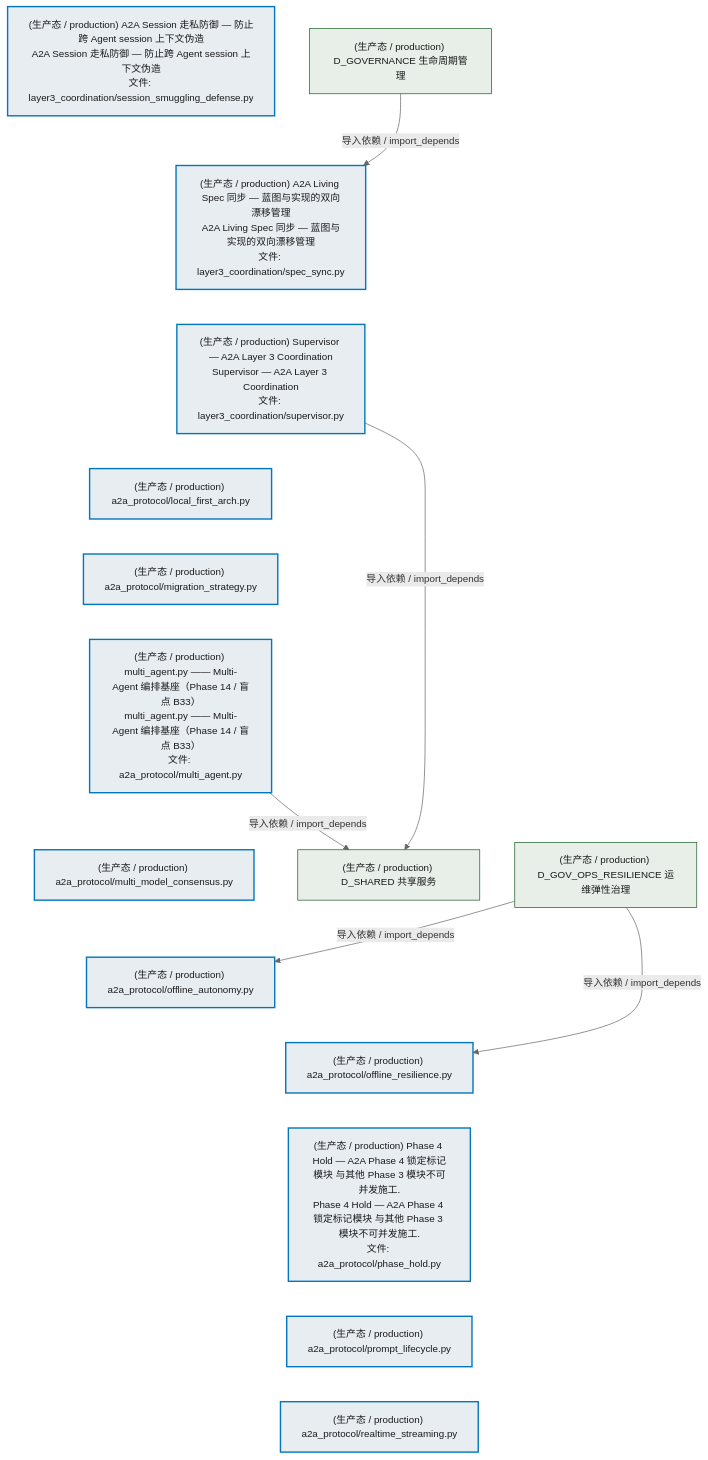
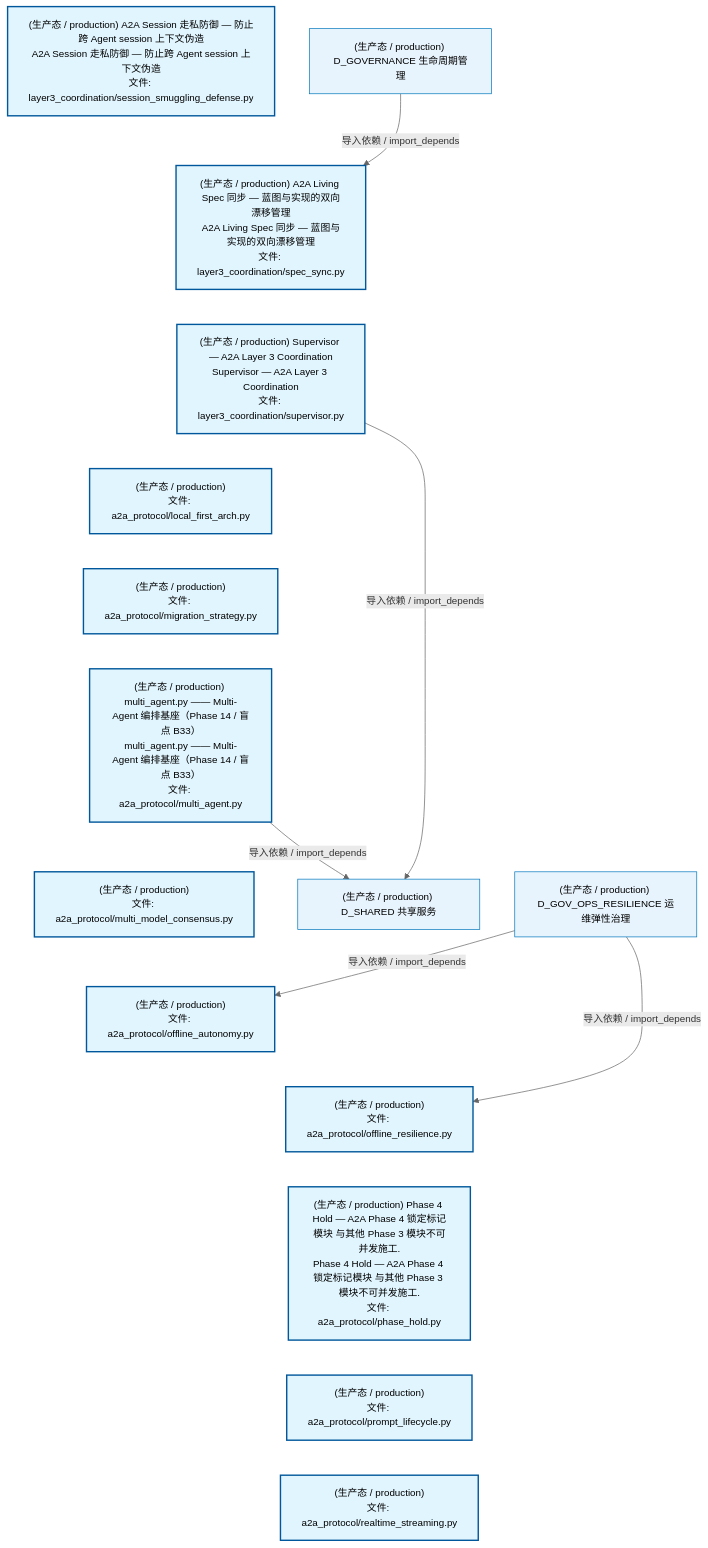
One commit to xuanFelixVan/ZephyrAlpha changed the third of 5 diagrams in docs/02_enterprise_architecture/02_domain_architecture_docs/03_d_infra_a2a.md. Above: the diagram before and after it, drawn with Mermaid. The commit also changed other lines of this file and 75 other files, not shown here.

````diff
--- a/docs/02_enterprise_architecture/02_domain_architecture_docs/03_d_infra_a2a.md
+++ b/docs/02_enterprise_architecture/02_domain_architecture_docs/03_d_infra_a2a.md
@@ -314,41 +314,41 @@
 ```mermaid
 %%{init: {'theme': 'base', 'themeVariables': {'primaryColor': '#eaeaea', 'primaryTextColor': '#333333', 'primaryBorderColor': '#666666', 'lineColor': '#666666', 'secondaryColor': '#eaeaea', 'tertiaryColor': '#eaeaea', 'fontSize': '14px'}}}%%
 flowchart TD
     src_zephyr_infrastructure_a2a_protocol_layer3_coordination_session_smuggling_defense_py["(生产态 / production) A2A Session 走私防御 — 防止跨 Agent session 上下文伪造<br/>A2A Session 走私防御 — 防止跨 Agent session 上下文伪造<br/>文件: layer3_coordination/session_smuggling_defense.py"]
     src_zephyr_infrastructure_a2a_protocol_layer3_coordination_spec_sync_py["(生产态 / production) A2A Living Spec 同步 — 蓝图与实现的双向漂移管理<br/>A2A Living Spec 同步 — 蓝图与实现的双向漂移管理<br/>文件: layer3_coordination/spec_sync.py"]
     src_zephyr_infrastructure_a2a_protocol_layer3_coordination_supervisor_py["(生产态 / production) Supervisor — A2A Layer 3 Coordination<br/>Supervisor — A2A Layer 3 Coordination<br/>文件: layer3_coordination/supervisor.py"]
-    src_zephyr_infrastructure_a2a_protocol_local_first_arch_py["(生产态 / production) a2a_protocol/local_first_arch.py"]
-    src_zephyr_infrastructure_a2a_protocol_migration_strategy_py["(生产态 / production) a2a_protocol/migration_strategy.py"]
+    src_zephyr_infrastructure_a2a_protocol_local_first_arch_py["(生产态 / production)<br/>文件: a2a_protocol/local_first_arch.py"]
+    src_zephyr_infrastructure_a2a_protocol_migration_strategy_py["(生产态 / production)<br/>文件: a2a_protocol/migration_strategy.py"]
     src_zephyr_infrastructure_a2a_protocol_multi_agent_py["(生产态 / production) multi_agent.py —— Multi-Agent 编排基座（Phase 14 / 盲点 B33）<br/>multi_agent.py —— Multi-Agent 编排基座（Phase 14 / 盲点 B33）<br/>文件: a2a_protocol/multi_agent.py"]
-    src_zephyr_infrastructure_a2a_protocol_multi_model_consensus_py["(生产态 / production) a2a_protocol/multi_model_consensus.py"]
-    src_zephyr_infrastructure_a2a_protocol_offline_autonomy_py["(生产态 / production) a2a_protocol/offline_autonomy.py"]
-    src_zephyr_infrastructure_a2a_protocol_offline_resilience_py["(生产态 / production) a2a_protocol/offline_resilience.py"]
+    src_zephyr_infrastructure_a2a_protocol_multi_model_consensus_py["(生产态 / production)<br/>文件: a2a_protocol/multi_model_consensus.py"]
+    src_zephyr_infrastructure_a2a_protocol_offline_autonomy_py["(生产态 / production)<br/>文件: a2a_protocol/offline_autonomy.py"]
+    src_zephyr_infrastructure_a2a_protocol_offline_resilience_py["(生产态 / production)<br/>文件: a2a_protocol/offline_resilience.py"]
     src_zephyr_infrastructure_a2a_protocol_phase_hold_py["(生产态 / production) Phase 4 Hold — A2A Phase 4 锁定标记模块 与其他 Phase 3 模块不可并发施工.<br/>Phase 4 Hold — A2A Phase 4 锁定标记模块 与其他 Phase 3 模块不可并发施工.<br/>文件: a2a_protocol/phase_hold.py"]
-    src_zephyr_infrastructure_a2a_protocol_prompt_lifecycle_py["(生产态 / production) a2a_protocol/prompt_lifecycle.py"]
-    src_zephyr_infrastructure_a2a_protocol_realtime_streaming_py["(生产态 / production) a2a_protocol/realtime_streaming.py"]
+    src_zephyr_infrastructure_a2a_protocol_prompt_lifecycle_py["(生产态 / production)<br/>文件: a2a_protocol/prompt_lifecycle.py"]
+    src_zephyr_infrastructure_a2a_protocol_realtime_streaming_py["(生产态 / production)<br/>文件: a2a_protocol/realtime_streaming.py"]
     src_zephyr_infrastructure_a2a_protocol_layer3_coordination_session_smuggling_defense_py ~~~ src_zephyr_infrastructure_a2a_protocol_layer3_coordination_spec_sync_py
     src_zephyr_infrastructure_a2a_protocol_layer3_coordination_spec_sync_py ~~~ src_zephyr_infrastructure_a2a_protocol_layer3_coordination_supervisor_py
     src_zephyr_infrastructure_a2a_protocol_layer3_coordination_supervisor_py ~~~ src_zephyr_infrastructure_a2a_protocol_local_first_arch_py
     src_zephyr_infrastructure_a2a_protocol_local_first_arch_py ~~~ src_zephyr_infrastructure_a2a_protocol_migration_strategy_py
     src_zephyr_infrastructure_a2a_protocol_migration_strategy_py ~~~ src_zephyr_infrastructure_a2a_protocol_multi_agent_py
     src_zephyr_infrastructure_a2a_protocol_multi_agent_py ~~~ src_zephyr_infrastructure_a2a_protocol_multi_model_consensus_py
     src_zephyr_infrastructure_a2a_protocol_multi_model_consensus_py ~~~ src_zephyr_infrastructure_a2a_protocol_offline_autonomy_py
     src_zephyr_infrastructure_a2a_protocol_offline_autonomy_py ~~~ src_zephyr_infrastructure_a2a_protocol_offline_resilience_py
     src_zephyr_infrastructure_a2a_protocol_offline_resilience_py ~~~ src_zephyr_infrastructure_a2a_protocol_phase_hold_py
     src_zephyr_infrastructure_a2a_protocol_phase_hold_py ~~~ src_zephyr_infrastructure_a2a_protocol_prompt_lifecycle_py
     src_zephyr_infrastructure_a2a_protocol_prompt_lifecycle_py ~~~ src_zephyr_infrastructure_a2a_protocol_realtime_streaming_py
     D_SHARED["(生产态 / production) D_SHARED 共享服务"]
     src_zephyr_infrastructure_a2a_protocol_multi_agent_py -->|导入依赖 / import_depends| D_SHARED
     src_zephyr_infrastructure_a2a_protocol_layer3_coordination_supervisor_py -->|导入依赖 / import_depends| D_SHARED
     D_GOVERNANCE["(生产态 / production) D_GOVERNANCE 生命周期管理"]
     D_GOVERNANCE -->|导入依赖 / import_depends| src_zephyr_infrastructure_a2a_protocol_layer3_coordination_spec_sync_py
     D_GOV_OPS_RESILIENCE["(生产态 / production) D_GOV_OPS_RESILIENCE 运维弹性治理"]
     D_GOV_OPS_RESILIENCE -->|导入依赖 / import_depends| src_zephyr_infrastructure_a2a_protocol_offline_resilience_py
     D_GOV_OPS_RESILIENCE -->|导入依赖 / import_depends| src_zephyr_infrastructure_a2a_protocol_offline_autonomy_py
-    classDef production fill:#e8edf2,stroke:#0277bd,stroke-width:2px,color:#1a1a1a
-    classDef design fill:#f0ebe3,stroke:#bf360c,stroke-width:2px,color:#1a1a1a,stroke-dasharray: 5 5
-    classDef external_prod fill:#e8efe9,stroke:#1b5e20,stroke-width:1px,color:#1a1a1a
-    classDef external_design fill:#efe5ea,stroke:#880e4f,stroke-width:1px,color:#1a1a1a,stroke-dasharray: 5 5
+    classDef production fill:#e1f5fe,stroke:#01579b,stroke-width:2px,color:#000
+    classDef design fill:#fff3e0,stroke:#e65100,stroke-width:2px,color:#000,stroke-dasharray: 5 5
+    classDef external_prod fill:#e8f4fd,stroke:#0277bd,stroke-width:1px,color:#000
+    classDef external_design fill:#fff8e7,stroke:#ef6c00,stroke-width:1px,color:#000,stroke-dasharray: 5 5
     class src_zephyr_infrastructure_a2a_protocol_layer3_coordination_session_smuggling_defense_py,src_zephyr_infrastructure_a2a_protocol_layer3_coordination_spec_sync_py,src_zephyr_infrastructure_a2a_protocol_layer3_coordination_supervisor_py,src_zephyr_infrastructure_a2a_protocol_local_first_arch_py,src_zephyr_infrastructure_a2a_protocol_migration_strategy_py,src_zephyr_infrastructure_a2a_protocol_multi_agent_py,src_zephyr_infrastructure_a2a_protocol_multi_model_consensus_py,src_zephyr_infrastructure_a2a_protocol_offline_autonomy_py,src_zephyr_infrastructure_a2a_protocol_offline_resilience_py,src_zephyr_infrastructure_a2a_protocol_phase_hold_py,src_zephyr_infrastructure_a2a_protocol_prompt_lifecycle_py,src_zephyr_infrastructure_a2a_protocol_realtime_streaming_py production
     class D_SHARED,D_GOVERNANCE,D_GOV_OPS_RESILIENCE external_prod
 ```
````
